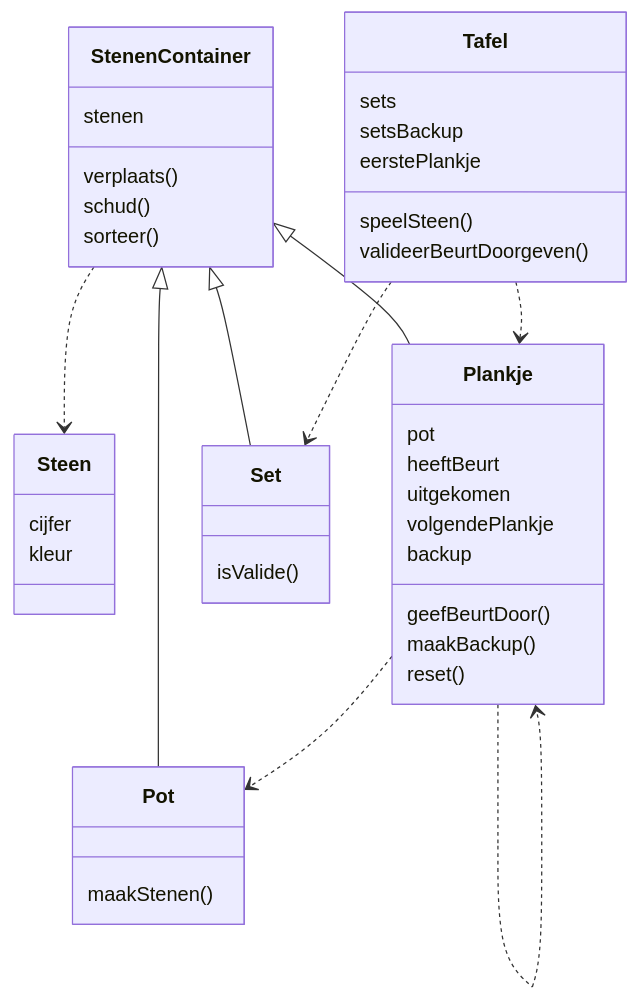
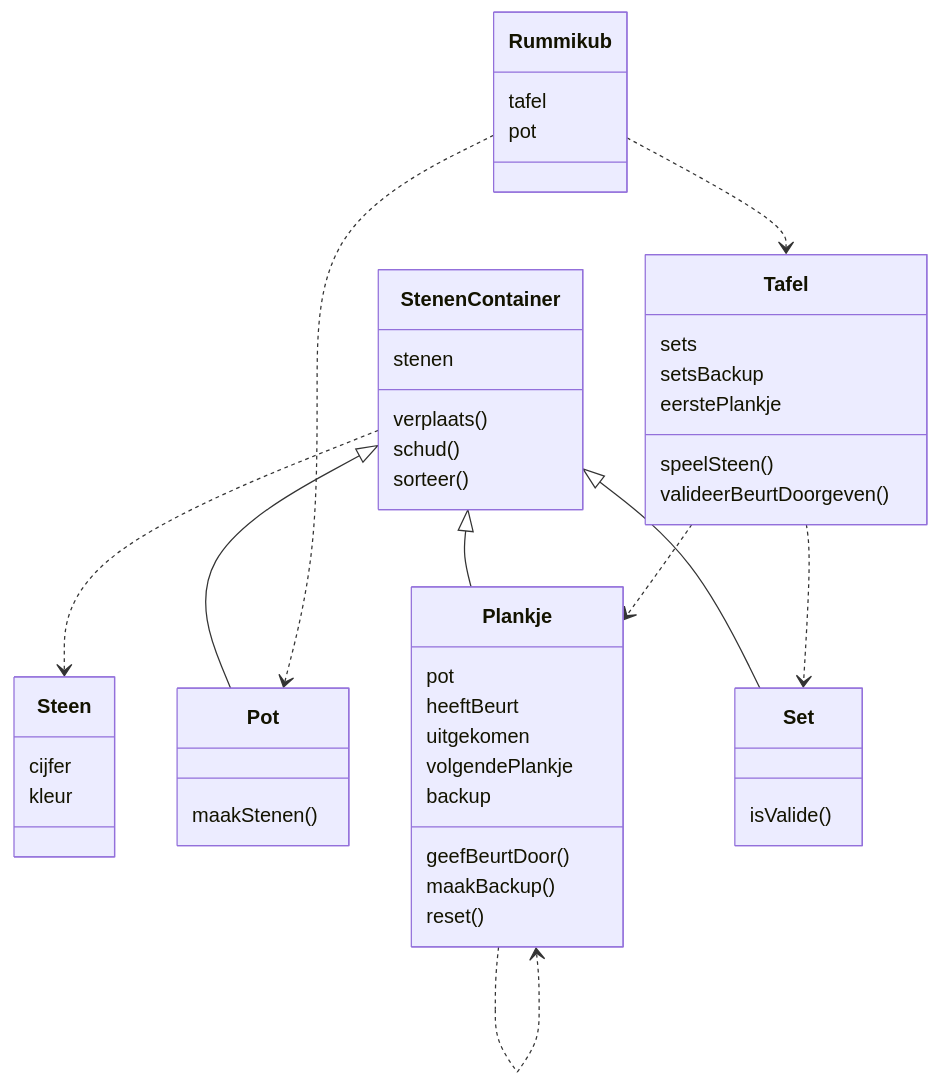
The second of 2 diagrams in README.md (psvansluis/rummikub), drawn with Mermaid before and after one commit. The commit also changed other lines of this file, not shown here.

````diff
--- a/README.md
+++ b/README.md
@@ -81,50 +82,56 @@
 ```mermaid
 classDiagram
+
+class Rummikub {
+  tafel
+  pot
+}
 
 class Steen{
 cijfer
 kleur}
 
 class StenenContainer{
 stenen
 verplaats()
 schud()
 sorteer()
 }
 
 class Pot{
 maakStenen()}
 
 class Plankje{
 pot
 heeftBeurt
 uitgekomen
 volgendePlankje
 backup
 geefBeurtDoor()
 maakBackup()
 reset()
 }
 
 class Set{
 isValide()
 }
 
 
 class Tafel{
 sets
 setsBackup
 eerstePlankje
 speelSteen()
 valideerBeurtDoorgeven()}
 
 StenenContainer <|-- Pot
 StenenContainer <|-- Plankje
 StenenContainer <|-- Set
 StenenContainer ..> Steen
 Tafel ..> Set
 Tafel ..> Plankje
-Plankje ..> Pot
+Rummikub ..> Pot
 Plankje ..> Plankje
+Rummikub ..> Tafel
 
 ```
````
